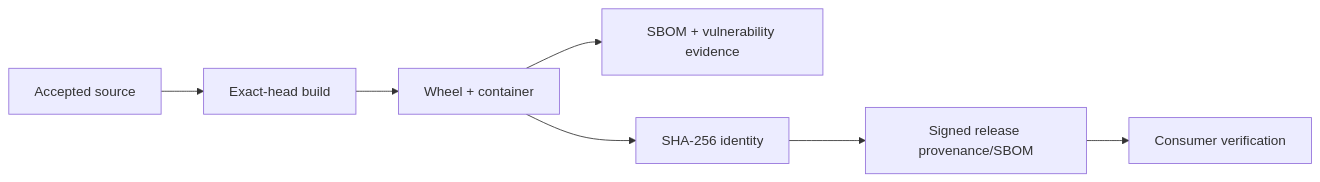
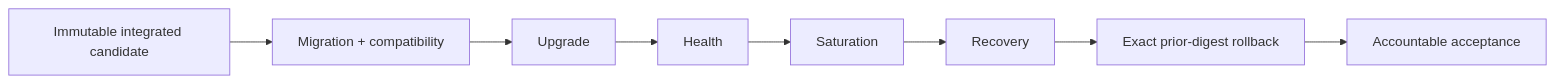
The diagram in docs/project/EXECUTIVE_STATUS.md (GJvManen/dtmo), drawn with Mermaid before and after one commit. The commit also changed other lines of this file, not shown here.

````diff
--- a/docs/project/EXECUTIVE_STATUS.md
+++ b/docs/project/EXECUTIVE_STATUS.md
@@ -31,9 +32,10 @@
 ```mermaid
 flowchart LR
-    S[Accepted source] --> B[Exact-head build]
-    B --> A[Wheel + container]
-    A --> SB[SBOM + vulnerability evidence]
-    A --> H[SHA-256 identity]
-    H --> P[Signed release provenance/SBOM]
-    P --> V[Consumer verification]
+    I[Immutable integrated candidate] --> M[Migration + compatibility]
+    M --> U[Upgrade]
+    U --> H[Health]
+    H --> S[Saturation]
+    S --> R[Recovery]
+    R --> B[Exact prior-digest rollback]
+    B --> A[Accountable acceptance]
 ```
````
